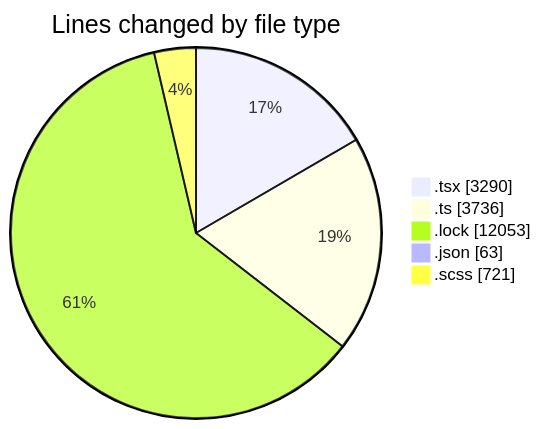
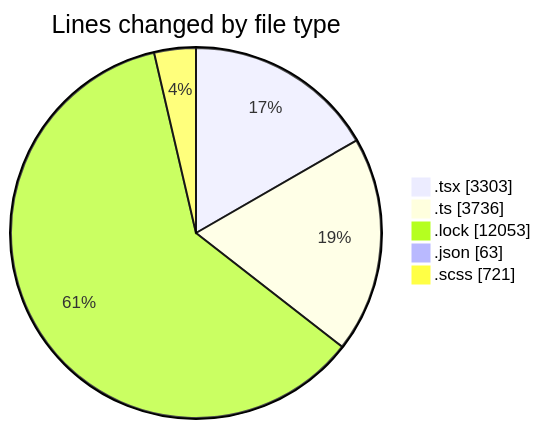
One commit to momahboobian/code-tracking changed the first of 2 diagrams in 2025-12-03/cda/README.md. Above: the diagram before and after it, drawn with Mermaid. The commit also changed other lines of this file and 1 other file, not shown here.

````diff
--- a/2025-12-03/cda/README.md
+++ b/2025-12-03/cda/README.md
@@ -32,9 +32,9 @@
 ```mermaid
 pie showData
 title Lines changed by file type
-".tsx" : 3290
+".tsx" : 3303
 ".ts" : 3736
 ".lock" : 12053
 ".json" : 63
 ".scss" : 721
 ```
````
